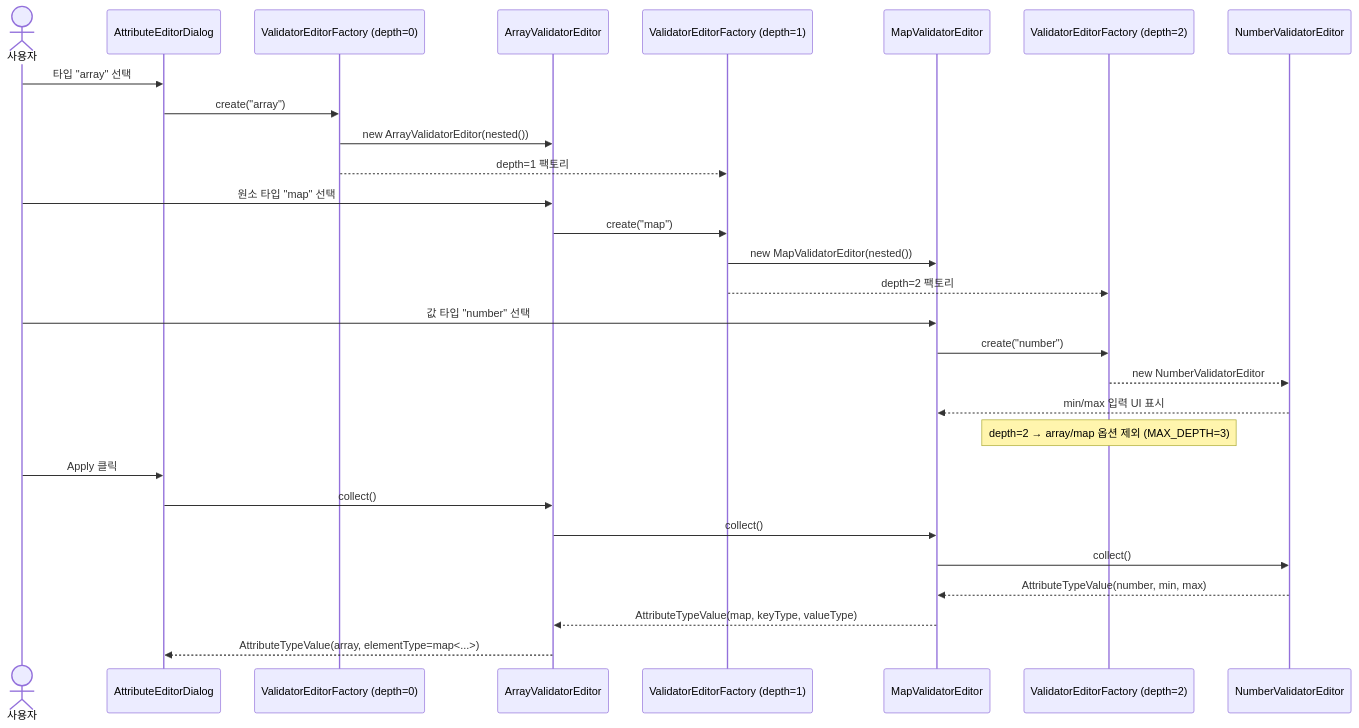
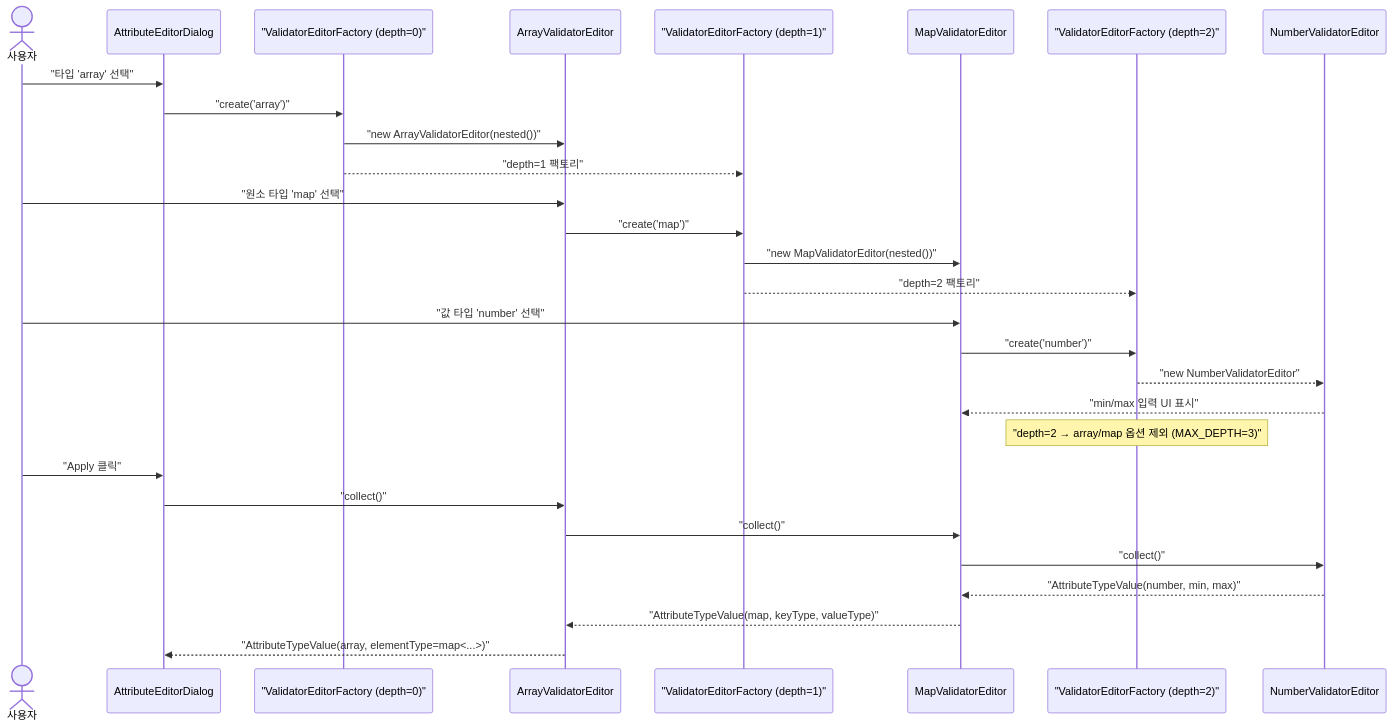
The sixth of 13 diagrams in type-ui/USECASE.md (sayaya1090/handbook), drawn with Mermaid before and after one commit. The commit also changed other lines of this file and 22 other files, not shown here.

First line of the commit message:
docs: Mermaid 다이어그램 렌더링 오류 수정을 위한 구문 전수 교정

````diff
--- a/type-ui/USECASE.md
+++ b/type-ui/USECASE.md
@@ -162,36 +162,36 @@
 ```mermaid
 sequenceDiagram
     actor User as 사용자
     participant Dialog as AttributeEditorDialog
-    participant Factory as ValidatorEditorFactory (depth=0)
+    participant Factory as "ValidatorEditorFactory (depth=0)"
     participant ArrayEd as ArrayValidatorEditor
-    participant Factory1 as ValidatorEditorFactory (depth=1)
+    participant Factory1 as "ValidatorEditorFactory (depth=1)"
     participant MapEd as MapValidatorEditor
-    participant Factory2 as ValidatorEditorFactory (depth=2)
+    participant Factory2 as "ValidatorEditorFactory (depth=2)"
     participant NumEd as NumberValidatorEditor
 
-    User->>Dialog: 타입 "array" 선택
-    Dialog->>Factory: create("array")
-    Factory->>ArrayEd: new ArrayValidatorEditor(nested())
-    Factory-->>Factory1: depth=1 팩토리
+    User->>Dialog: "타입 'array' 선택"
+    Dialog->>Factory: "create('array')"
+    Factory->>ArrayEd: "new ArrayValidatorEditor(nested())"
+    Factory-->>Factory1: "depth=1 팩토리"
 
-    User->>ArrayEd: 원소 타입 "map" 선택
-    ArrayEd->>Factory1: create("map")
-    Factory1->>MapEd: new MapValidatorEditor(nested())
-    Factory1-->>Factory2: depth=2 팩토리
+    User->>ArrayEd: "원소 타입 'map' 선택"
+    ArrayEd->>Factory1: "create('map')"
+    Factory1->>MapEd: "new MapValidatorEditor(nested())"
+    Factory1-->>Factory2: "depth=2 팩토리"
 
-    User->>MapEd: 값 타입 "number" 선택
-    MapEd->>Factory2: create("number")
-    Factory2-->>NumEd: new NumberValidatorEditor
-    NumEd-->>MapEd: min/max 입력 UI 표시
+    User->>MapEd: "값 타입 'number' 선택"
+    MapEd->>Factory2: "create('number')"
+    Factory2-->>NumEd: "new NumberValidatorEditor"
+    NumEd-->>MapEd: "min/max 입력 UI 표시"
 
-    Note over Factory2: depth=2 → array/map 옵션 제외 (MAX_DEPTH=3)
+    Note over Factory2: "depth=2 → array/map 옵션 제외 (MAX_DEPTH=3)"
 
-    User->>Dialog: Apply 클릭
-    Dialog->>ArrayEd: collect()
-    ArrayEd->>MapEd: collect()
-    MapEd->>NumEd: collect()
-    NumEd-->>MapEd: AttributeTypeValue(number, min, max)
-    MapEd-->>ArrayEd: AttributeTypeValue(map, keyType, valueType)
-    ArrayEd-->>Dialog: AttributeTypeValue(array, elementType=map<...>)
+    User->>Dialog: "Apply 클릭"
+    Dialog->>ArrayEd: "collect()"
+    ArrayEd->>MapEd: "collect()"
+    MapEd->>NumEd: "collect()"
+    NumEd-->>MapEd: "AttributeTypeValue(number, min, max)"
+    MapEd-->>ArrayEd: "AttributeTypeValue(map, keyType, valueType)"
+    ArrayEd-->>Dialog: "AttributeTypeValue(array, elementType=map<...>)"
 ```
````
